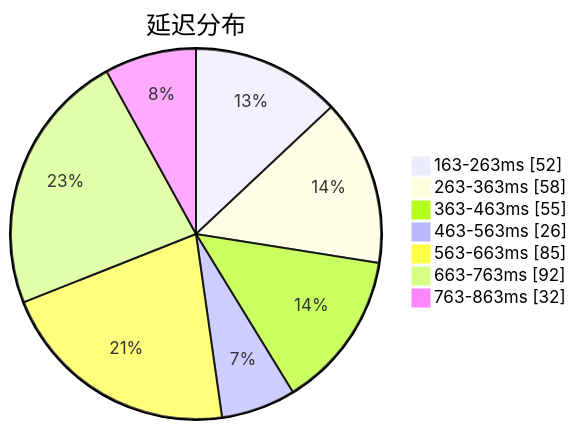
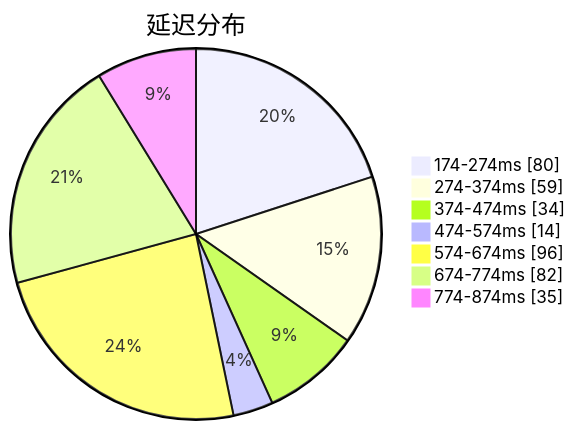
Before and after one commit to qjlxg/airport: the first of 3 diagrams in subs/statistics/tested_within.md, drawn with Mermaid. The commit also changed other lines of this file and 2 other files, not shown here.

````diff
--- a/subs/statistics/tested_within.md
+++ b/subs/statistics/tested_within.md
@@ -2,11 +2,11 @@
 ```mermaid
 pie showData
 title 延迟分布
-"163-263ms" : 52
-"263-363ms" : 58
-"363-463ms" : 55
-"463-563ms" : 26
-"563-663ms" : 85
-"663-763ms" : 92
-"763-863ms" : 32
+"174-274ms" : 80
+"274-374ms" : 59
+"374-474ms" : 34
+"474-574ms" : 14
+"574-674ms" : 96
+"674-774ms" : 82
+"774-874ms" : 35
 ```
````
